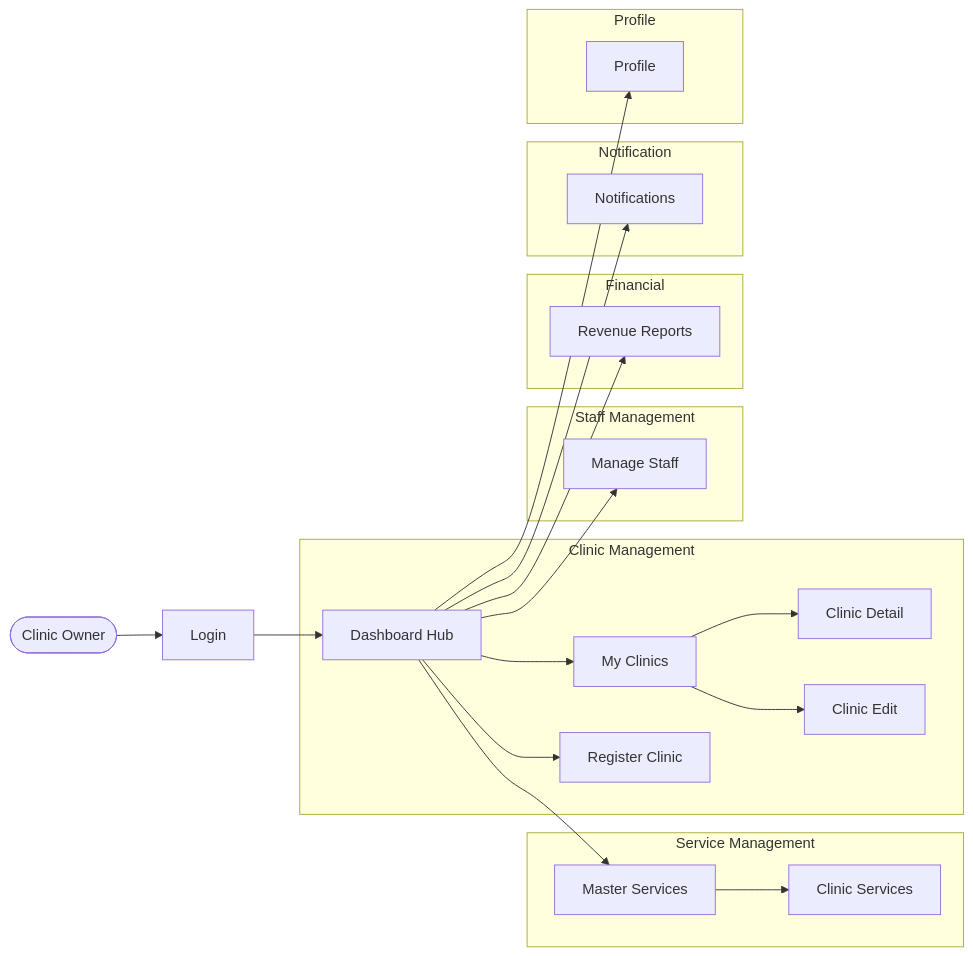
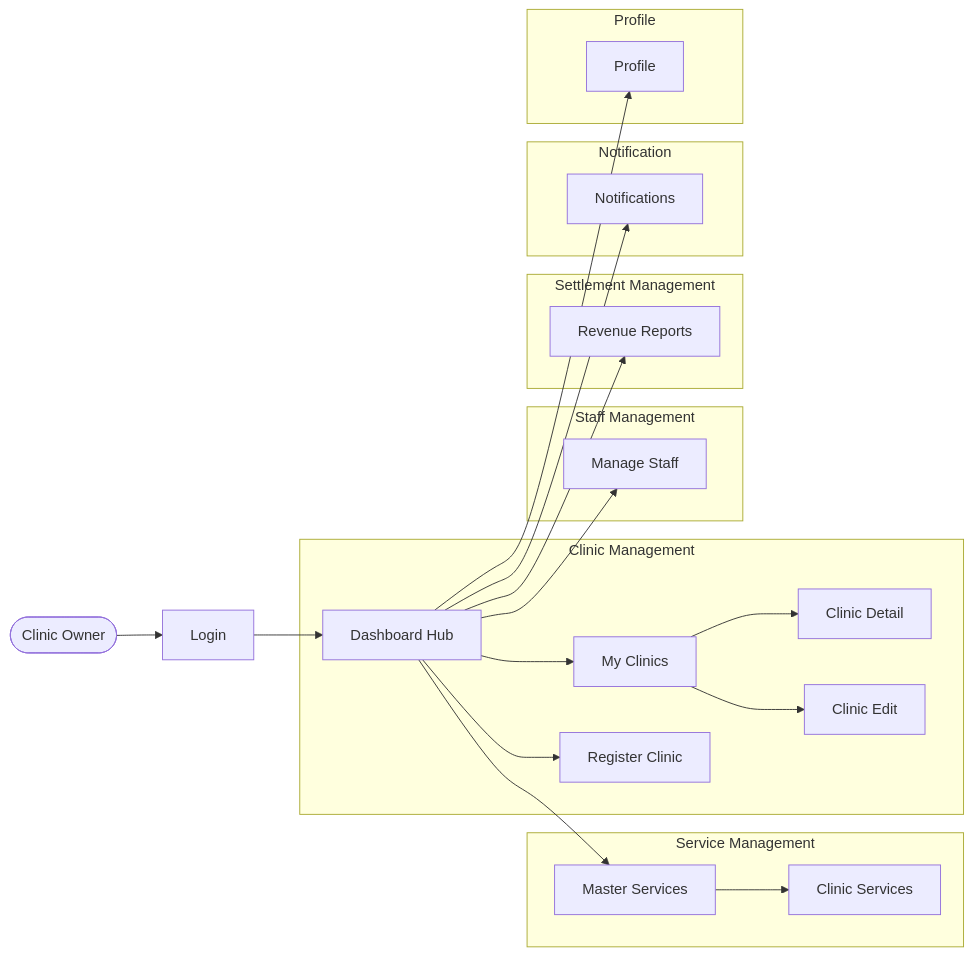
The sixth of 9 diagrams in docs-references/documentation/SRS/PETTIES_SRS.md (espresso23/Petties-Veterinary-Appointment-Booking-Platform), drawn with Mermaid before and after one commit. The commit also changed other lines of this file and 116 other files, not shown here.

````diff
--- a/docs-references/documentation/SRS/PETTIES_SRS.md
+++ b/docs-references/documentation/SRS/PETTIES_SRS.md
@@ -1610,67 +995,67 @@
 ```mermaid
 
 flowchart LR
 
     CO([Clinic Owner]) --> Login
 
     Login --> DashboardHub[Dashboard Hub]
 
 
 
 
 
     subgraph Clinic_Management[Clinic Management]
 
         DashboardHub --> MyClinics[My Clinics]
 
         MyClinics --> ClinicDetail[Clinic Detail]
 
         MyClinics --> ClinicEdit[Clinic Edit]
 
         DashboardHub --> RegisterClinic[Register Clinic]
 
     end
 
 
 
     subgraph Service_Management[Service Management]
 
         DashboardHub --> MasterServices[Master Services]
 
         MasterServices --> ClinicServices[Clinic Services]
 
     end
 
 
 
     subgraph Staff_Management[Staff Management]
 
         DashboardHub --> ManageStaff[Manage Staff]
 
     end
 
 
 
-    subgraph Financial
+    subgraph Settlement_Management[Settlement Management]
 
         DashboardHub --> RevenueReports[Revenue Reports]
 
     end
 
 
 
     subgraph Notification
 
         DashboardHub --> Notifications
 
     end
 
 
 
     subgraph Profile
 
         DashboardHub --> ProfileScreen[Profile]
 
     end
 
 ```
````
